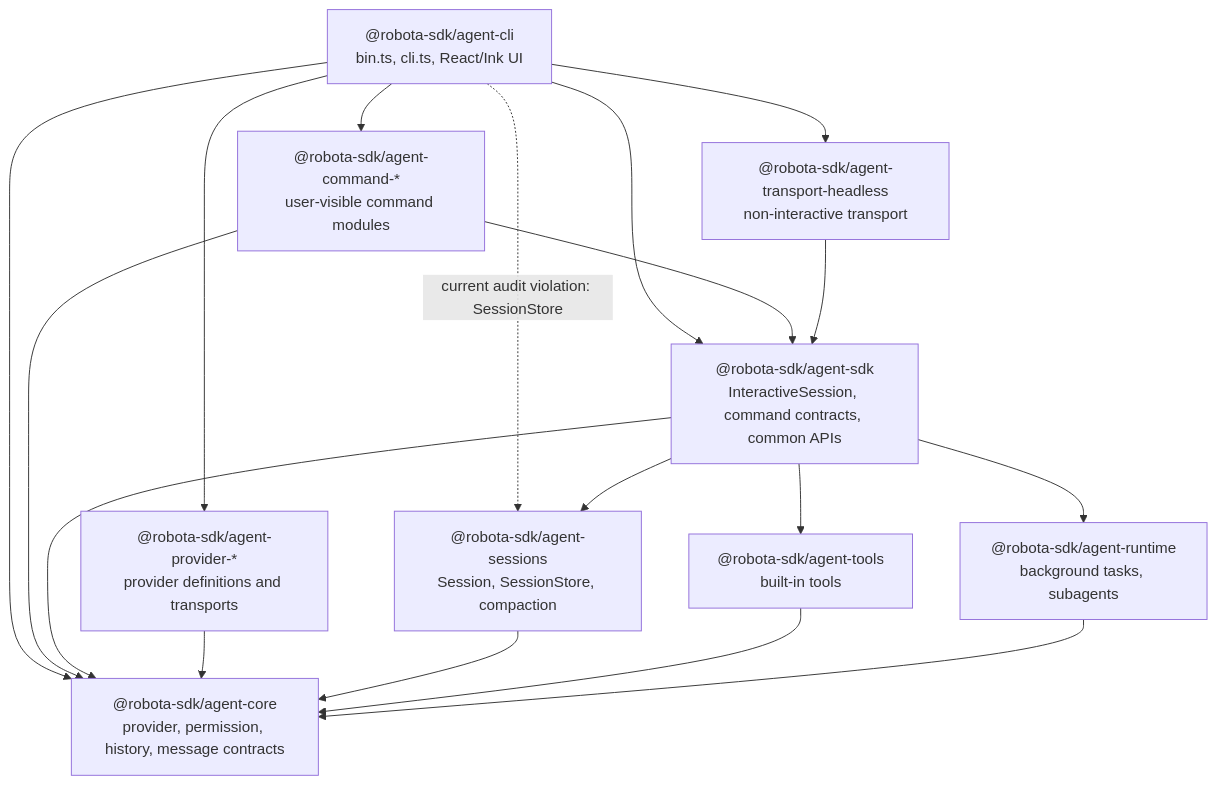
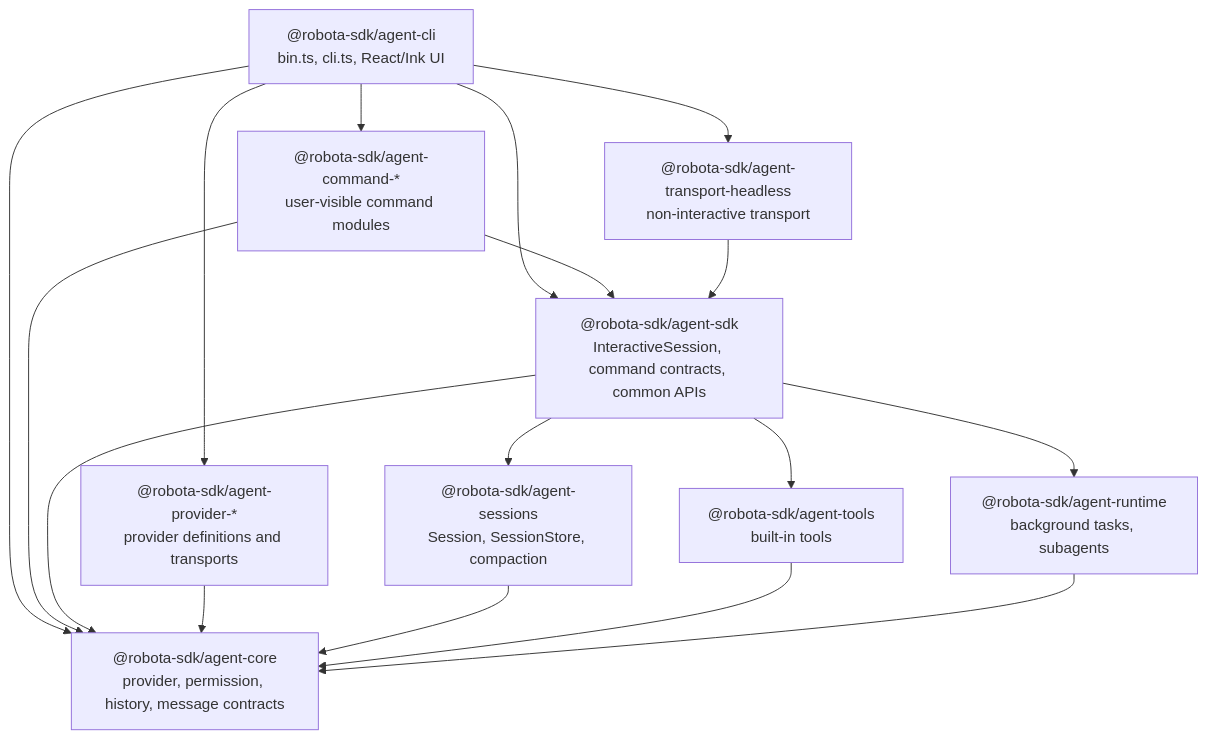
Before and after one commit to woojubb/robota: the first of 5 diagrams in packages/agent-cli/docs/ARCHITECTURE-MAP.md, drawn with Mermaid. The commit also changed other lines of this file and 35 other files, not shown here.

First line of the commit message:
fix: move CLI session store behind SDK facade

````diff
--- a/packages/agent-cli/docs/ARCHITECTURE-MAP.md
+++ b/packages/agent-cli/docs/ARCHITECTURE-MAP.md
@@ -22,33 +22,32 @@
 ```mermaid
 flowchart TD
   CLI["@robota-sdk/agent-cli\nbin.ts, cli.ts, React/Ink UI"]
   SDK["@robota-sdk/agent-sdk\nInteractiveSession, command contracts, common APIs"]
   Commands["@robota-sdk/agent-command-*\nuser-visible command modules"]
   Core["@robota-sdk/agent-core\nprovider, permission, history, message contracts"]
   Sessions["@robota-sdk/agent-sessions\nSession, SessionStore, compaction"]
   Tools["@robota-sdk/agent-tools\nbuilt-in tools"]
   Runtime["@robota-sdk/agent-runtime\nbackground tasks, subagents"]
   Providers["@robota-sdk/agent-provider-*\nprovider definitions and transports"]
   Headless["@robota-sdk/agent-transport-headless\nnon-interactive transport"]
 
   CLI --> SDK
   CLI --> Commands
   CLI --> Providers
   CLI --> Core
   CLI --> Headless
-  CLI -. "current audit violation: SessionStore" .-> Sessions
 
   Commands --> SDK
   Commands --> Core
 
   SDK --> Sessions
   SDK --> Tools
   SDK --> Runtime
   SDK --> Core
 
   Providers --> Core
   Sessions --> Core
   Tools --> Core
   Runtime --> Core
   Headless --> SDK
 ```
````
